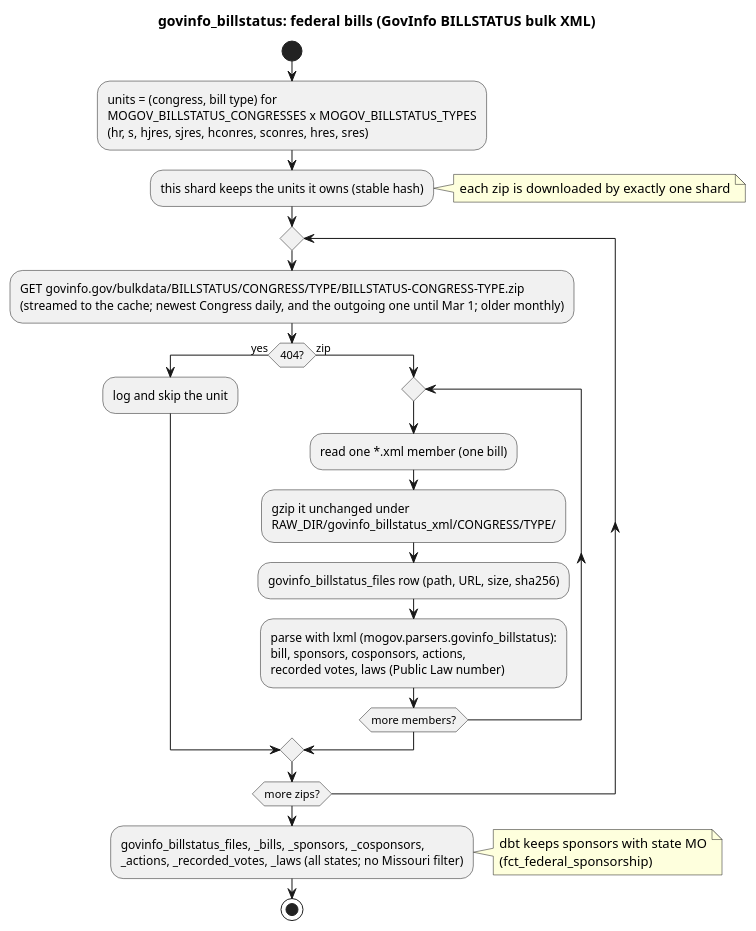
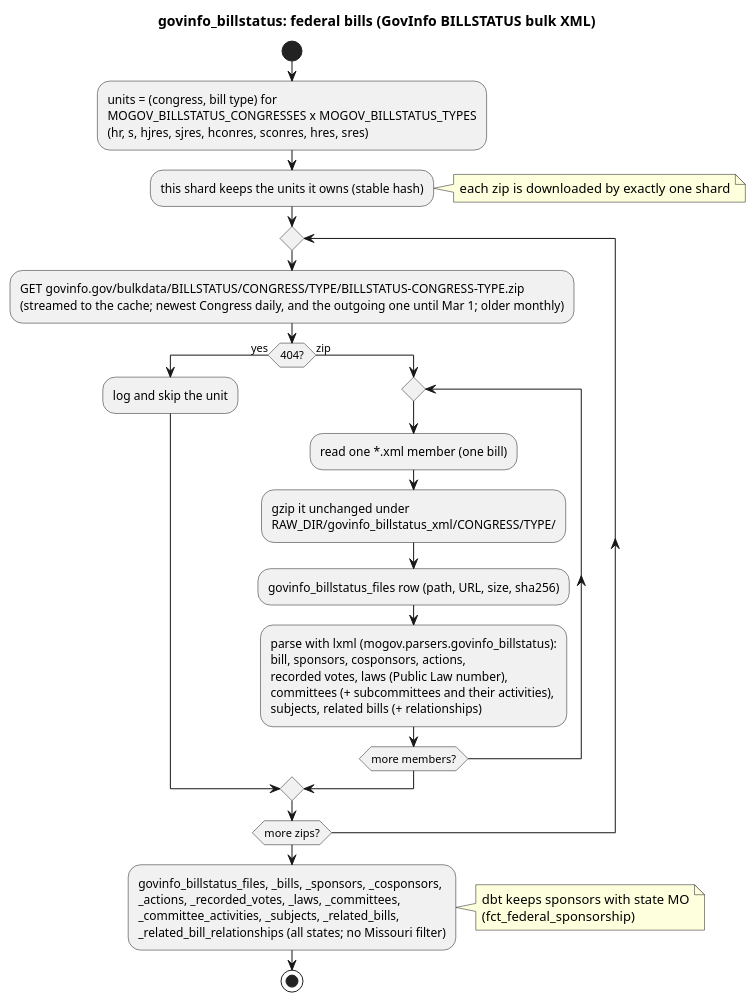
Before and after one commit to akettmann/missouri_gov_feed: the diagram in docs/diagrams/sources/govinfo_billstatus.puml, drawn with PlantUML. The commit also changed 7 other files, not shown here.

```diff
--- a/docs/diagrams/sources/govinfo_billstatus.puml
+++ b/docs/diagrams/sources/govinfo_billstatus.puml
@@ -1,30 +1,34 @@
 @startuml govinfo_billstatus
 title govinfo_billstatus: federal bills (GovInfo BILLSTATUS bulk XML)
 start
 :units = (congress, bill type) for
 MOGOV_BILLSTATUS_CONGRESSES x MOGOV_BILLSTATUS_TYPES
 (hr, s, hjres, sjres, hconres, sconres, hres, sres);
 :this shard keeps the units it owns (stable hash);
 note right: each zip is downloaded by exactly one shard
 repeat
   :GET govinfo.gov/bulkdata/BILLSTATUS/CONGRESS/TYPE/BILLSTATUS-CONGRESS-TYPE.zip
   (streamed to the cache; newest Congress daily, and the outgoing one until Mar 1; older monthly);
   if (404?) then (yes)
     :log and skip the unit;
   else (zip)
     repeat
       :read one *.xml member (one bill);
       :gzip it unchanged under
       RAW_DIR/govinfo_billstatus_xml/CONGRESS/TYPE/;
       :govinfo_billstatus_files row (path, URL, size, sha256);
       :parse with lxml (mogov.parsers.govinfo_billstatus):
       bill, sponsors, cosponsors, actions,
-      recorded votes, laws (Public Law number);
+      recorded votes, laws (Public Law number),
+      committees (+ subcommittees and their activities),
+      subjects, related bills (+ relationships);
     repeat while (more members?)
   endif
 repeat while (more zips?)
 :govinfo_billstatus_files, _bills, _sponsors, _cosponsors,
-_actions, _recorded_votes, _laws (all states; no Missouri filter);
+_actions, _recorded_votes, _laws, _committees,
+_committee_activities, _subjects, _related_bills,
+_related_bill_relationships (all states; no Missouri filter);
 note right: dbt keeps sponsors with state MO\n(fct_federal_sponsorship)
 stop
 @enduml
```
